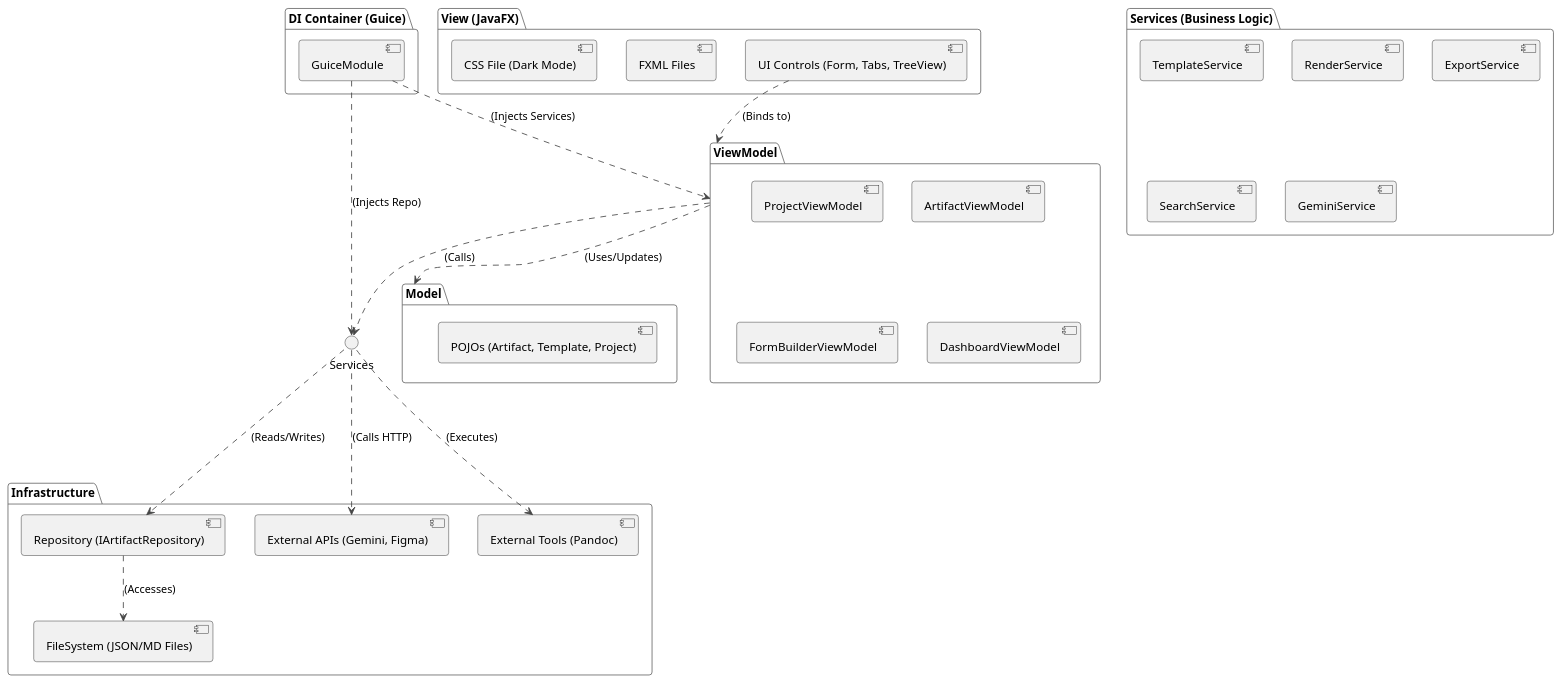
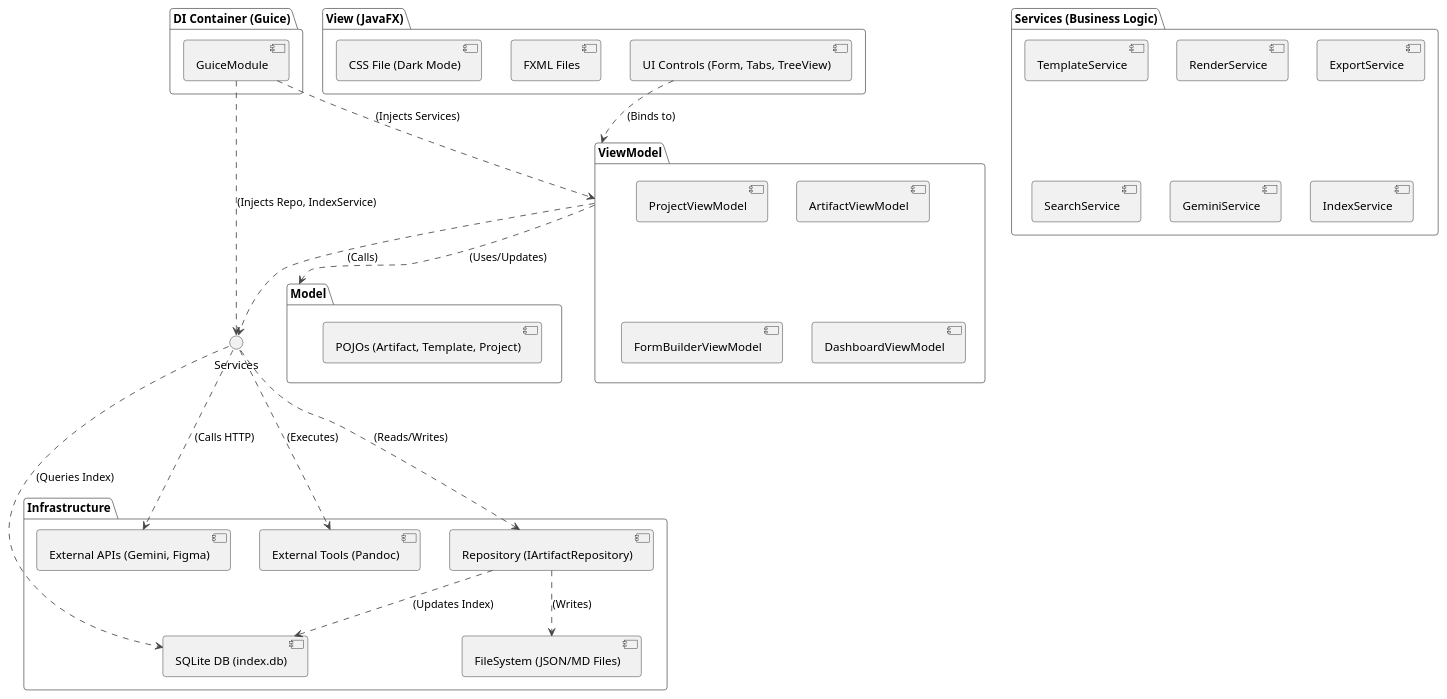
Before and after one commit to vinhtt95/BAWorkbench: the diagram in Requirement/Architecture Description.md, drawn with PlantUML. The commit also changed other lines of this file and 5 other files, not shown here.

````diff
--- a/Requirement/Architecture Description.md
+++ b/Requirement/Architecture Description.md
@@ -23,54 +22,59 @@
 ```plantuml
 @startuml
 !theme vibrant
 
 package "View (JavaFX)" {
   [UI Controls (Form, Tabs, TreeView)] as View
   [FXML Files]
   [CSS File (Dark Mode)]
 }
 
 package "ViewModel" {
   [ProjectViewModel]
   [ArtifactViewModel]
   [FormBuilderViewModel]
   [DashboardViewModel]
 }
 
 package "Model" {
   [POJOs (Artifact, Template, Project)] as POJOs
 }
 
 package "Services (Business Logic)" {
   [TemplateService]
   [RenderService]
   [ExportService]
   [SearchService]
   [GeminiService]
+  [IndexService]
 }
 
 package "Infrastructure" {
   [Repository (IArtifactRepository)] as Repo
   [FileSystem (JSON/MD Files)] as FS
+  [SQLite DB (index.db)] as DB
   [External APIs (Gemini, Figma)] as APIs
   [External Tools (Pandoc)] as Tools
 }
 
 ' Relationships
 View ..> ViewModel : (Binds to)
 ViewModel ..> Model : (Uses/Updates)
 ViewModel ..> Services : (Calls)
 Services ..> Repo : (Reads/Writes)
+Services ..> DB : (Queries Index)
 Services ..=> APIs : (Calls HTTP)
 Services ..=> Tools : (Executes)
-Repo ..> FS : (Accesses)
+Repo ..> FS : (Writes)
+Repo ..> DB : (Updates Index)
 
 ' Dependency Injection
 package "DI Container (Guice)" {
   [GuiceModule]
 }
 GuiceModule ..> ViewModel : (Injects Services)
-GuiceModule ..> Services : (Injects Repo)
+GuiceModule ..> Services : (Injects Repo, IndexService)
 
 @enduml
+
 ```
````
